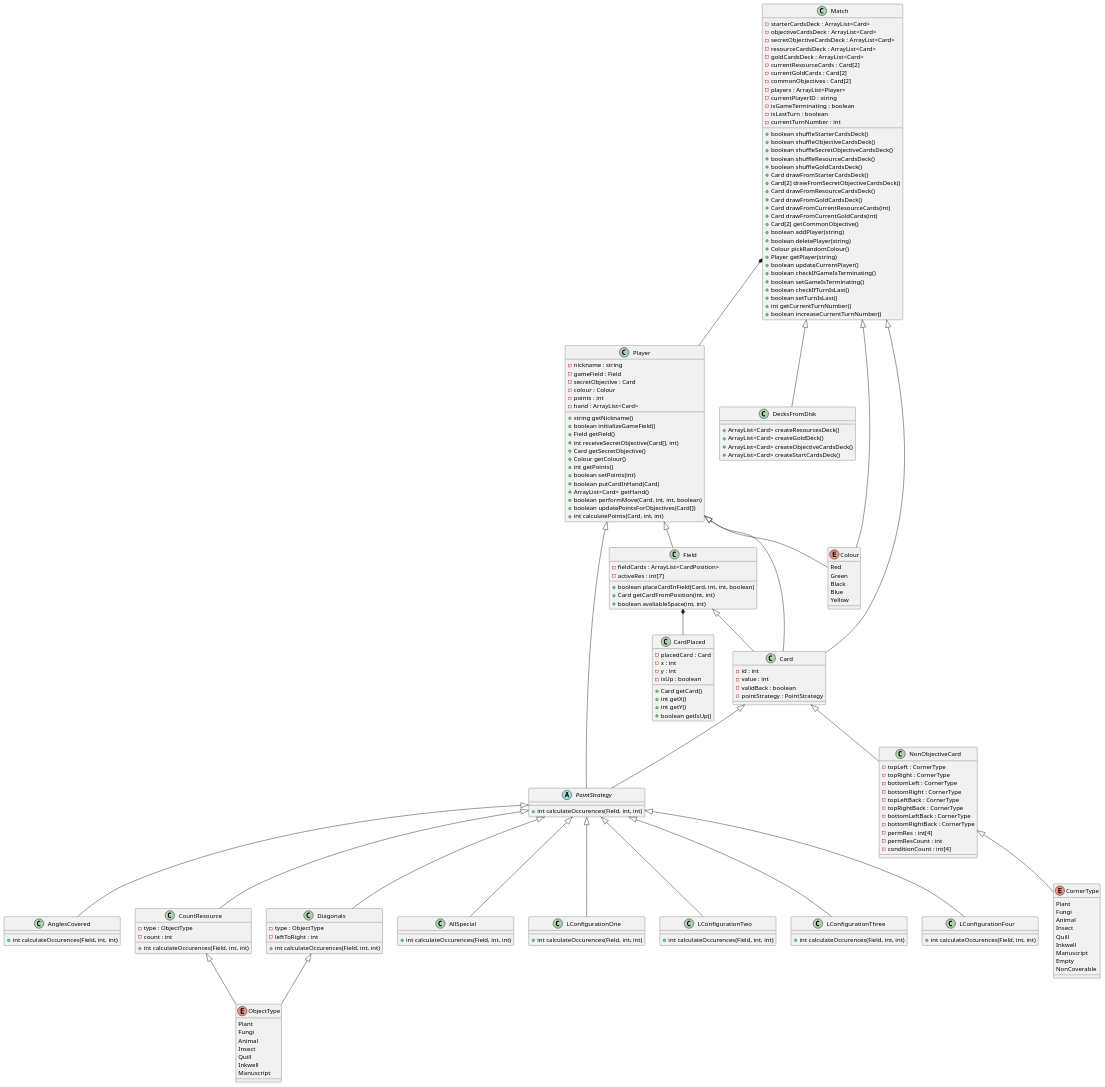
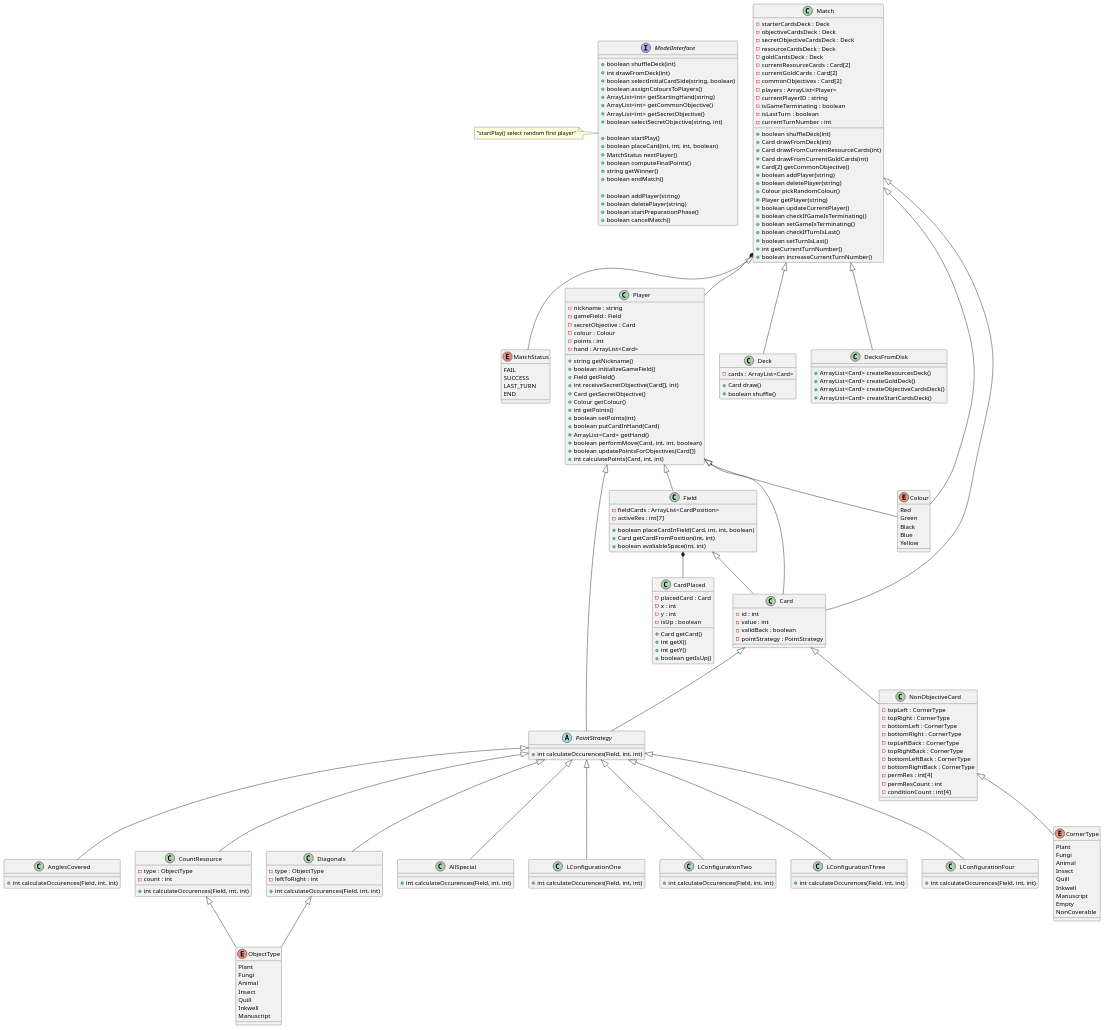
One commit to lorenzo-cmyk/PF_INGSW_2023_24 changed the diagram in deliverables/UMLs/Model/Draft/UMLModelDraft.puml. Above: the diagram before and after it, drawn with PlantUML.

Commit message:
Added ModelInterface and Deck class

```diff
--- a/deliverables/UMLs/Model/Draft/UMLModelDraft.puml
+++ b/deliverables/UMLs/Model/Draft/UMLModelDraft.puml
@@ -1,4 +1,38 @@
 @startuml
+
+interface ModelInterface {
+    + boolean shuffleDeck(int)
+    + int drawFromDeck(int)
+    + boolean selectInitialCardSide(string, boolean)
+    + boolean assignColoursToPlayers()
+    + ArrayList<int> getStartingHand(string)
+    + ArrayList<int> getCommonObjective()
+    + ArrayList<int> getSecretObjective()    
+    + boolean selectSecretObjective(string, int)
+    
+    + boolean startPlay()
+    + boolean placeCard(int, int, int, boolean)
+    + MatchStatus nextPlayer()
+    + boolean computeFinalPoints()
+    + string getWinner()
+    + boolean endMatch()
+
+    + boolean addPlayer(string)
+    + boolean deletePlayer(string)
+    + boolean startPreparationPhase()
+    + boolean cancelMatch()
+
+}
+note left of ModelInterface: "startPlay() select random first player"
+
+enum MatchStatus {
+    FAIL
+    SUCCESS
+    LAST_TURN
+    END
+}
+
+Match <|-- MatchStatus
 
 class Field {
     - fieldCards : ArrayList<CardPosition>
@@ -48,11 +82,11 @@
 Match *-- Player
 
 class Match {
-    - starterCardsDeck : ArrayList<Card>
-    - objectiveCardsDeck : ArrayList<Card>
-    - secretObjectiveCardsDeck : ArrayList<Card>
-    - resourceCardsDeck : ArrayList<Card>
-    - goldCardsDeck : ArrayList<Card>
+    - starterCardsDeck : Deck
+    - objectiveCardsDeck : Deck
+    - secretObjectiveCardsDeck : Deck
+    - resourceCardsDeck : Deck
+    - goldCardsDeck : Deck
     - currentResourceCards : Card[2]
     - currentGoldCards : Card[2]
     - commonObjectives : Card[2]
@@ -61,15 +95,8 @@
     - isGameTerminating : boolean
     - isLastTurn : boolean
     - currentTurnNumber : int
-    + boolean shuffleStarterCardsDeck()
-    + boolean shuffleObjectiveCardsDeck()
-    + boolean shuffleSecretObjectiveCardsDeck()
-    + boolean shuffleResourceCardsDeck()
-    + boolean shuffleGoldCardsDeck()
-    + Card drawFromStarterCardsDeck()
-    + Card[2] drawFromSecretObjectiveCardsDeck()
-    + Card drawFromResourceCardsDeck()
-    + Card drawFromGoldCardsDeck()
+    + boolean shuffleDeck(int)
+    + Card drawFromDeck(int)
     + Card drawFromCurrentResourceCards(int)
     + Card drawFromCurrentGoldCards(int)
     + Card[2] getCommonObjective()
@@ -85,6 +112,14 @@
     + int getCurrentTurnNumber()
     + boolean increaseCurrentTurnNumber()
 }
+
+class Deck {
+    - cards : ArrayList<Card>
+    + Card draw()
+    + boolean shuffle()
+}
+
+Match <|-- Deck
 
 class DecksFromDisk {
     + ArrayList<Card> createResourcesDeck()
```
